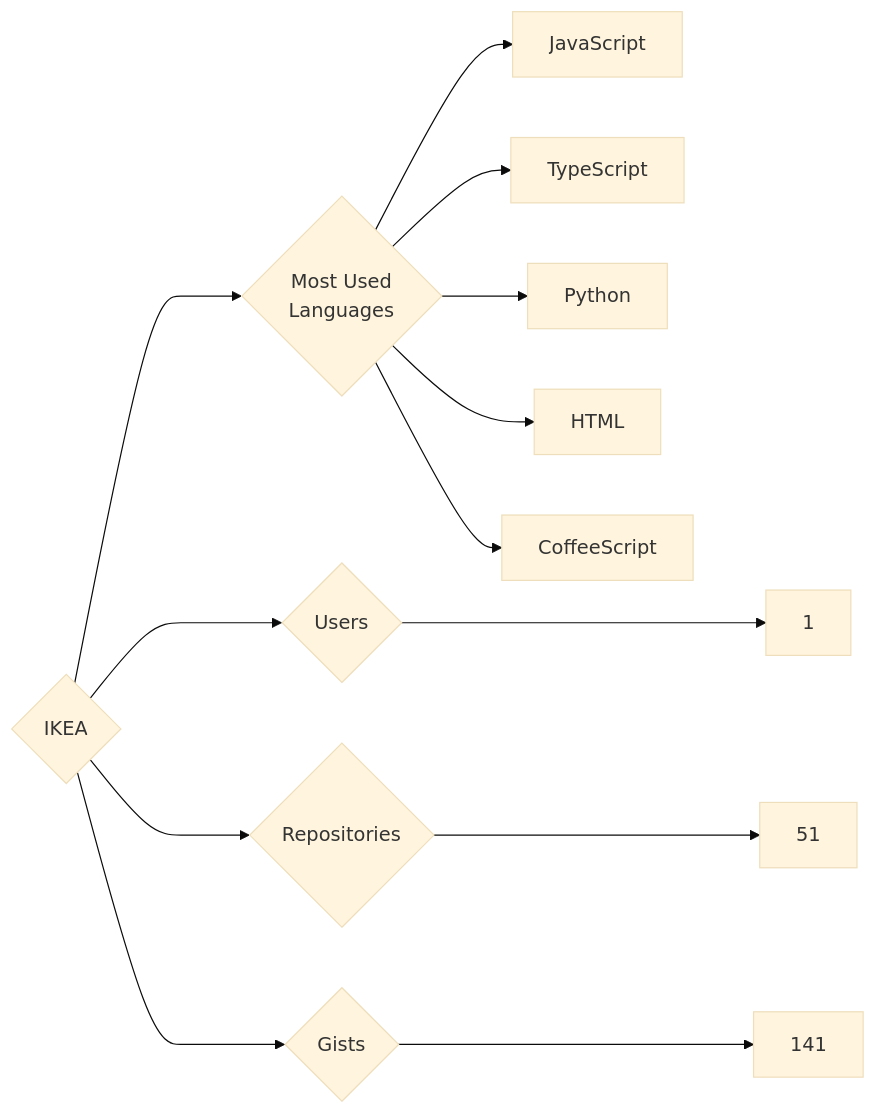
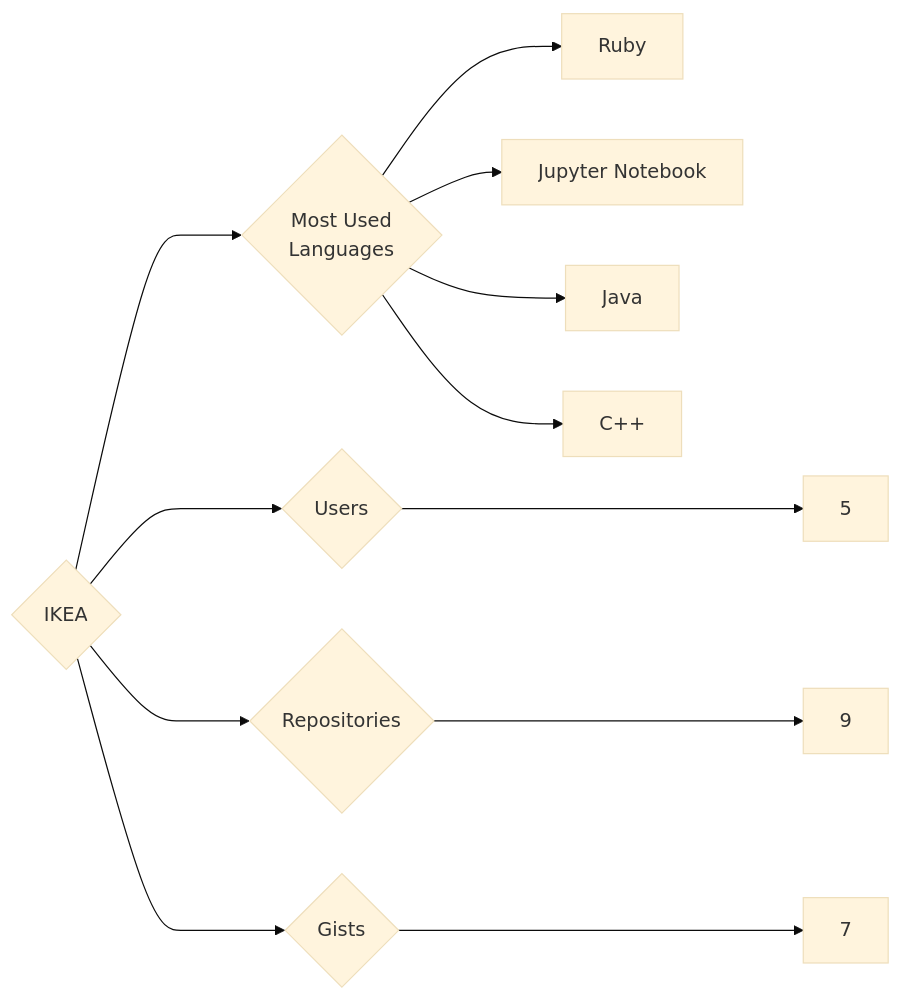
The diagram in targets/IKEA/README.md (trickest/insiders), drawn with Mermaid (base theme) before and after one commit. The commit also changed 840 other files, not shown here.

````diff
--- a/targets/IKEA/README.md
+++ b/targets/IKEA/README.md
@@ -3,13 +3,12 @@
 ```mermaid
 graph LR
 COMPANY_NAME{IKEA}
-COMPANY_NAME ---> U{Users} ---> UN[1]
-COMPANY_NAME ---> R{Repositories} ---> RN[51]
-COMPANY_NAME ---> G{Gists} ---> GN[141]
+COMPANY_NAME ---> U{Users} ---> UN[5]
+COMPANY_NAME ---> R{Repositories} ---> RN[9]
+COMPANY_NAME ---> G{Gists} ---> GN[7]
 COMPANY_NAME ---> ML{Most Used<br>Languages}
-ML --> JavaScript[JavaScript]
-ML --> TypeScript[TypeScript]
-ML --> Python[Python]
-ML --> HTML[HTML]
-ML --> CoffeeScript[CoffeeScript]
+ML --> Ruby[Ruby]
+ML --> Jupyter_Notebook[Jupyter Notebook]
+ML --> Java[Java]
+ML --> C++[C++]
 ```
````
